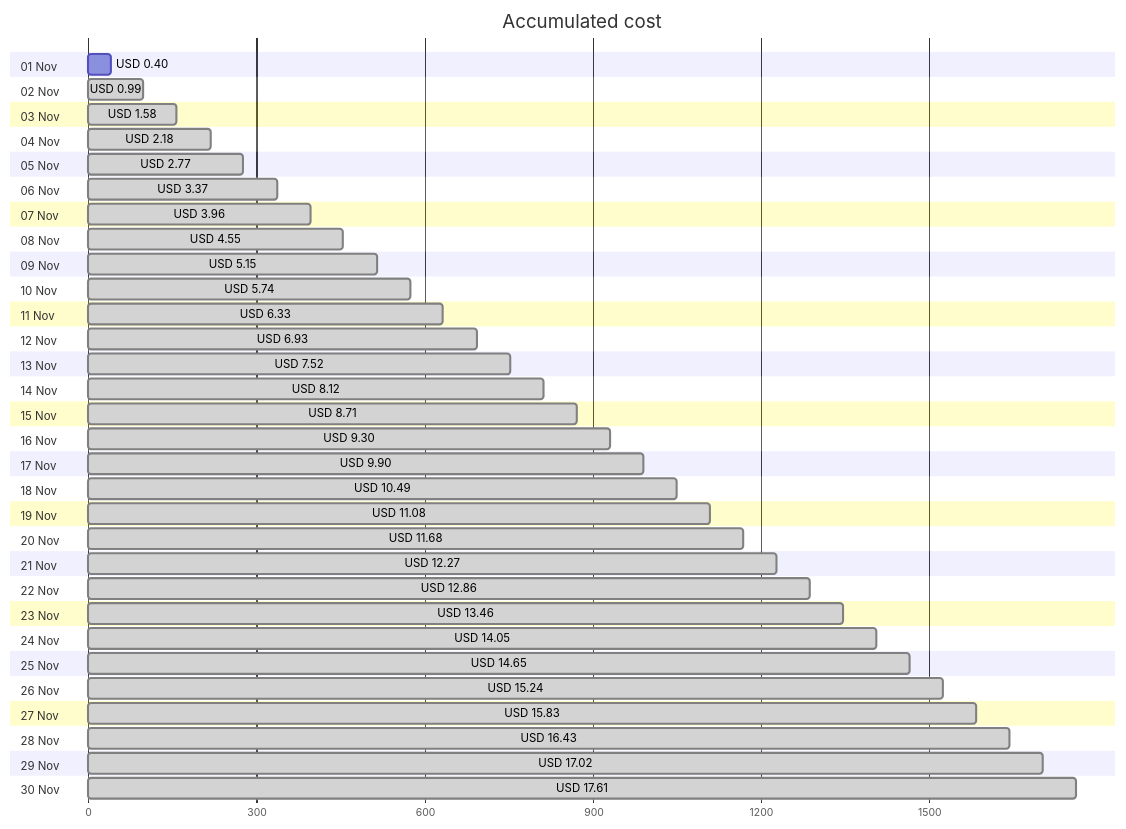
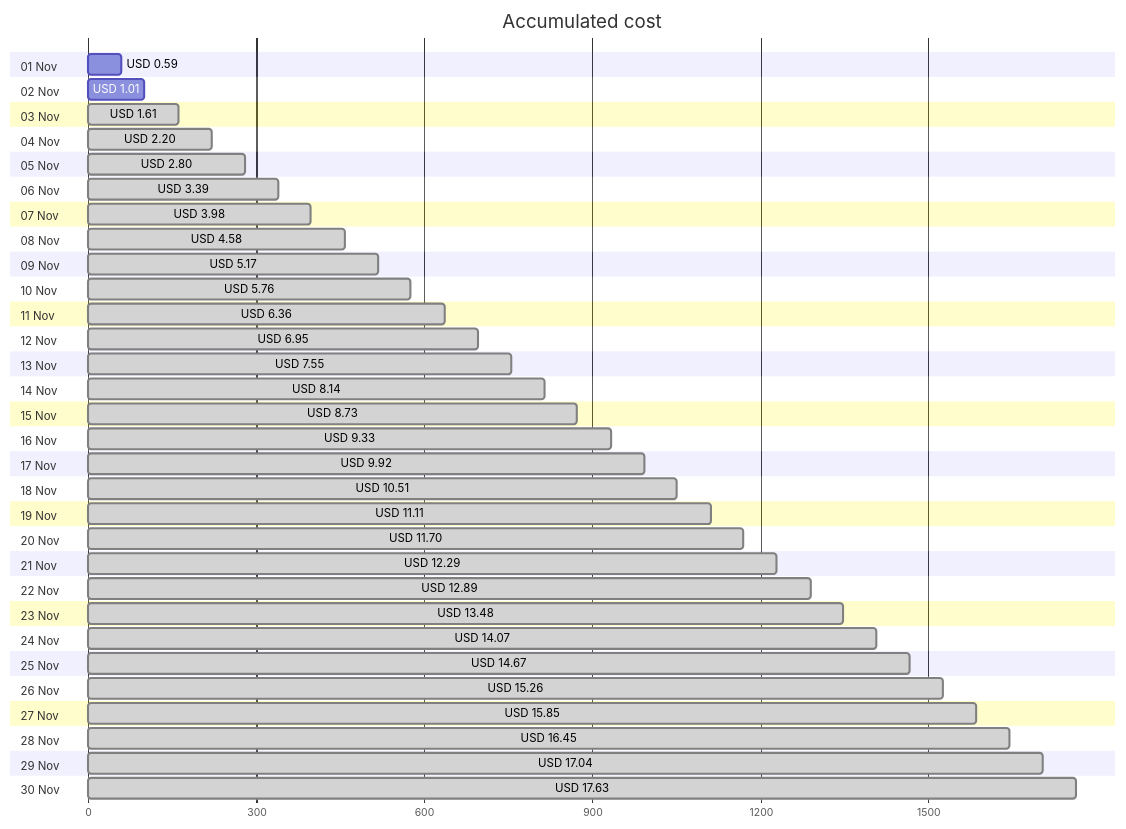
The first of 4 diagrams in cost-reports/personal-site/README.md (jpfulton/azure-personal-reports), drawn with Mermaid before and after one commit. The commit also changed other lines of this file and 6 other files, not shown here.

````diff
--- a/cost-reports/personal-site/README.md
+++ b/cost-reports/personal-site/README.md
@@ -20,66 +20,66 @@
 ```mermaid
 gantt
    title Accumulated cost
    dateFormat  X
    axisFormat %s
    section 01 Nov
-   USD 0.40 :0, 40
+   USD 0.59 :0, 59
    section 02 Nov
-   USD 0.99 : done, 0, 99
+   USD 1.01 :0, 101
    section 03 Nov
-   USD 1.58 : done, 0, 158
+   USD 1.61 : done, 0, 161
    section 04 Nov
-   USD 2.18 : done, 0, 218
+   USD 2.20 : done, 0, 220
    section 05 Nov
-   USD 2.77 : done, 0, 277
+   USD 2.80 : done, 0, 280
    section 06 Nov
-   USD 3.37 : done, 0, 337
+   USD 3.39 : done, 0, 339
    section 07 Nov
-   USD 3.96 : done, 0, 396
+   USD 3.98 : done, 0, 398
    section 08 Nov
-   USD 4.55 : done, 0, 455
+   USD 4.58 : done, 0, 458
    section 09 Nov
-   USD 5.15 : done, 0, 515
+   USD 5.17 : done, 0, 517
    section 10 Nov
-   USD 5.74 : done, 0, 574
+   USD 5.76 : done, 0, 576
    section 11 Nov
-   USD 6.33 : done, 0, 633
+   USD 6.36 : done, 0, 636
    section 12 Nov
-   USD 6.93 : done, 0, 693
+   USD 6.95 : done, 0, 695
    section 13 Nov
-   USD 7.52 : done, 0, 752
+   USD 7.55 : done, 0, 755
    section 14 Nov
-   USD 8.12 : done, 0, 812
+   USD 8.14 : done, 0, 814
    section 15 Nov
-   USD 8.71 : done, 0, 871
+   USD 8.73 : done, 0, 873
    section 16 Nov
-   USD 9.30 : done, 0, 930
+   USD 9.33 : done, 0, 933
    section 17 Nov
-   USD 9.90 : done, 0, 990
+   USD 9.92 : done, 0, 992
    section 18 Nov
-   USD 10.49 : done, 0, 1049
+   USD 10.51 : done, 0, 1051
    section 19 Nov
-   USD 11.08 : done, 0, 1108
+   USD 11.11 : done, 0, 1111
    section 20 Nov
-   USD 11.68 : done, 0, 1168
+   USD 11.70 : done, 0, 1170
    section 21 Nov
-   USD 12.27 : done, 0, 1227
+   USD 12.29 : done, 0, 1229
    section 22 Nov
-   USD 12.86 : done, 0, 1286
+   USD 12.89 : done, 0, 1289
    section 23 Nov
-   USD 13.46 : done, 0, 1346
+   USD 13.48 : done, 0, 1348
    section 24 Nov
-   USD 14.05 : done, 0, 1405
+   USD 14.07 : done, 0, 1407
    section 25 Nov
-   USD 14.65 : done, 0, 1465
+   USD 14.67 : done, 0, 1467
    section 26 Nov
-   USD 15.24 : done, 0, 1524
+   USD 15.26 : done, 0, 1526
    section 27 Nov
-   USD 15.83 : done, 0, 1583
+   USD 15.85 : done, 0, 1585
    section 28 Nov
-   USD 16.43 : done, 0, 1643
+   USD 16.45 : done, 0, 1645
    section 29 Nov
-   USD 17.02 : done, 0, 1702
+   USD 17.04 : done, 0, 1704
    section 30 Nov
-   USD 17.61 : done, 0, 1761
+   USD 17.63 : done, 0, 1763
 ```
````
